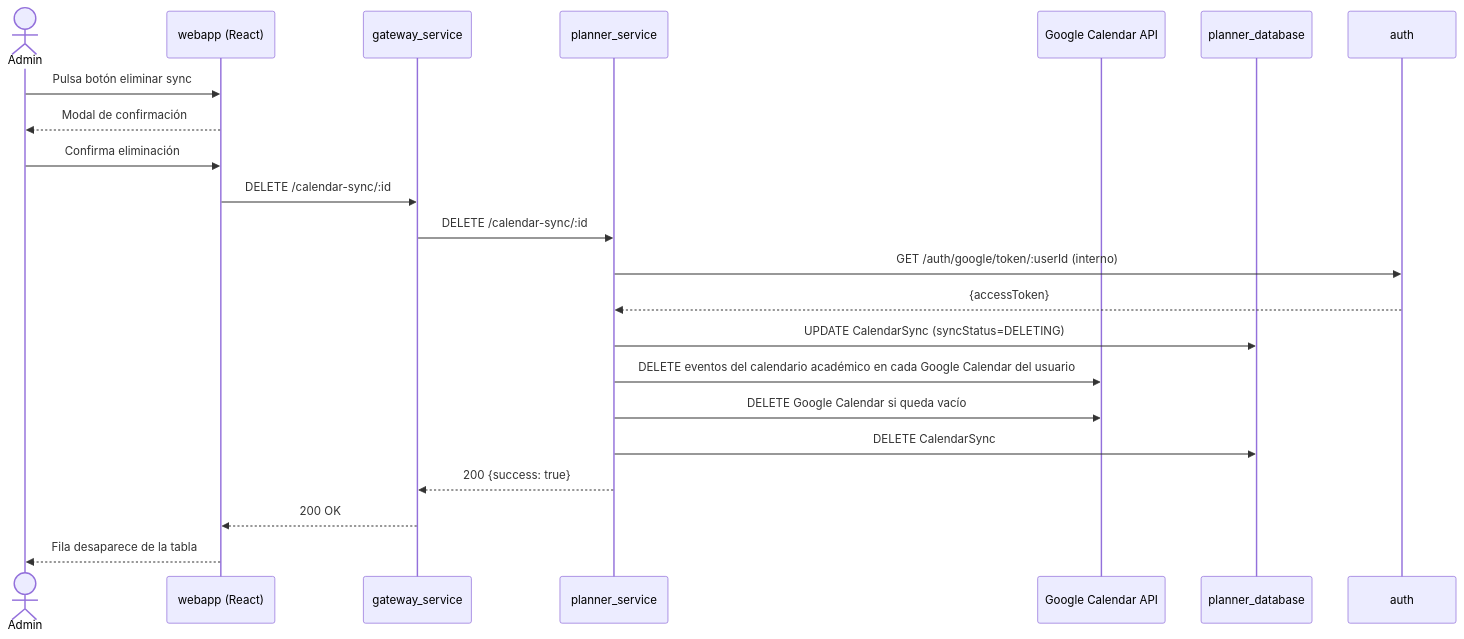
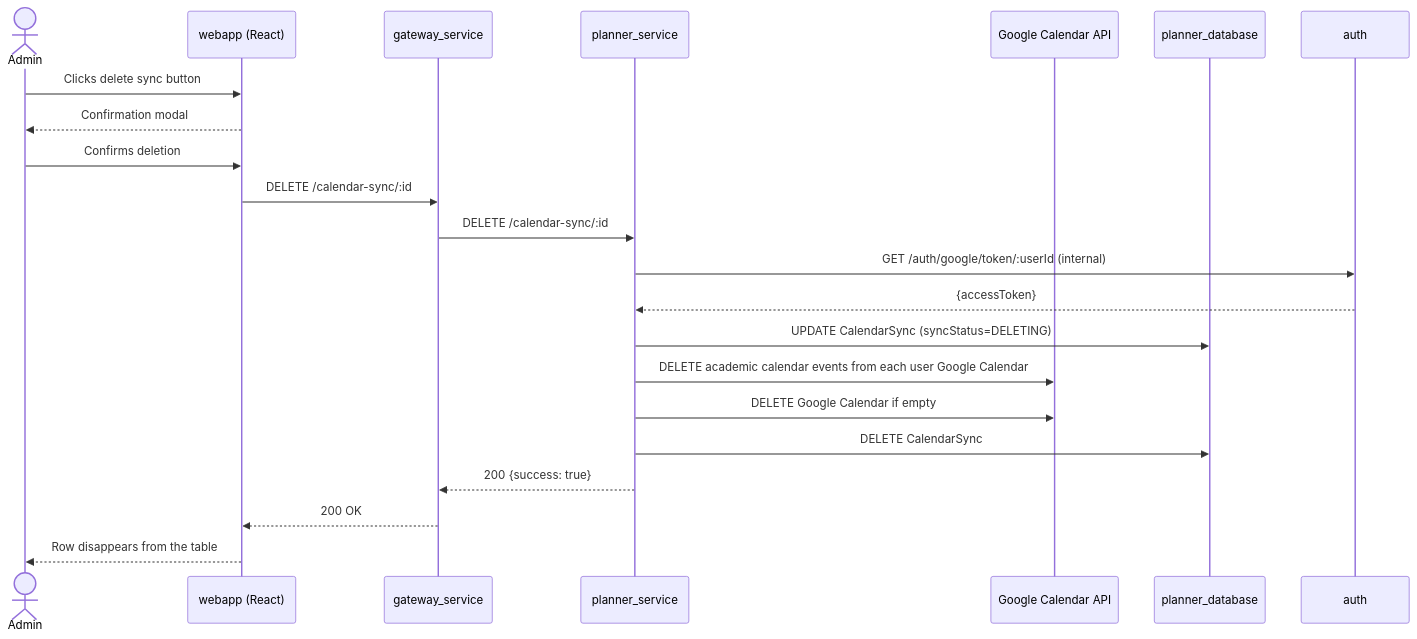
One commit to Murias10/TeachingPlanner changed the ninth of 10 diagrams in docs/capitulo5_diseno.md. Above: the diagram before and after it, drawn with Mermaid. The commit also changed other lines of this file and 2 other files, not shown here.

````diff
--- a/docs/capitulo5_diseno.md
+++ b/docs/capitulo5_diseno.md
@@ -860,24 +884,24 @@
 ```mermaid
 sequenceDiagram
     actor Admin
     participant webapp as webapp (React)
     participant gateway as gateway_service
     participant planner as planner_service
     participant google as Google Calendar API
     participant db as planner_database
 
-    Admin->>webapp: Pulsa botón eliminar sync
-    webapp-->>Admin: Modal de confirmación
-    Admin->>webapp: Confirma eliminación
+    Admin->>webapp: Clicks delete sync button
+    webapp-->>Admin: Confirmation modal
+    Admin->>webapp: Confirms deletion
     webapp->>gateway: DELETE /calendar-sync/:id
     gateway->>planner: DELETE /calendar-sync/:id
-    planner->>auth: GET /auth/google/token/:userId (interno)
+    planner->>auth: GET /auth/google/token/:userId (internal)
     auth-->>planner: {accessToken}
     planner->>db: UPDATE CalendarSync (syncStatus=DELETING)
-    planner->>google: DELETE eventos del calendario académico en cada Google Calendar del usuario
-    planner->>google: DELETE Google Calendar si queda vacío
+    planner->>google: DELETE academic calendar events from each user Google Calendar
+    planner->>google: DELETE Google Calendar if empty
     planner->>db: DELETE CalendarSync
     planner-->>gateway: 200 {success: true}
     gateway-->>webapp: 200 OK
-    webapp-->>Admin: Fila desaparece de la tabla
+    webapp-->>Admin: Row disappears from the table
 ```
````
